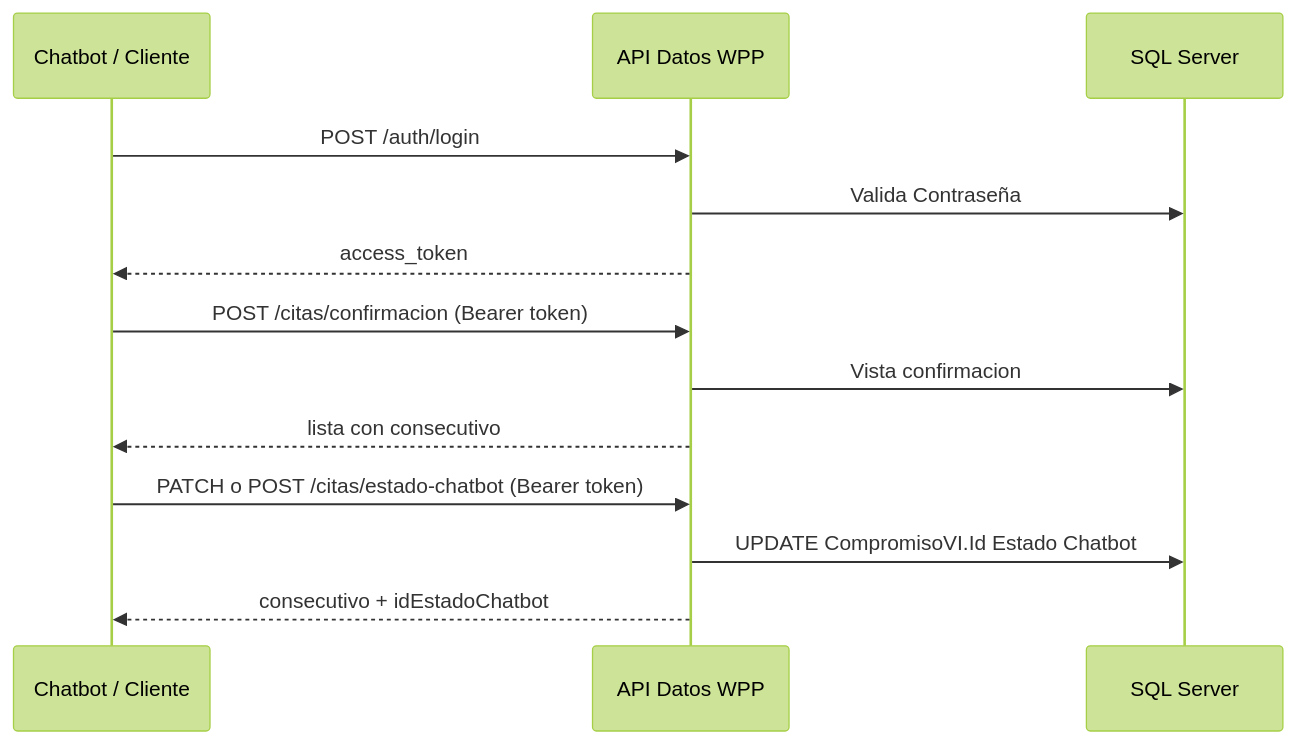
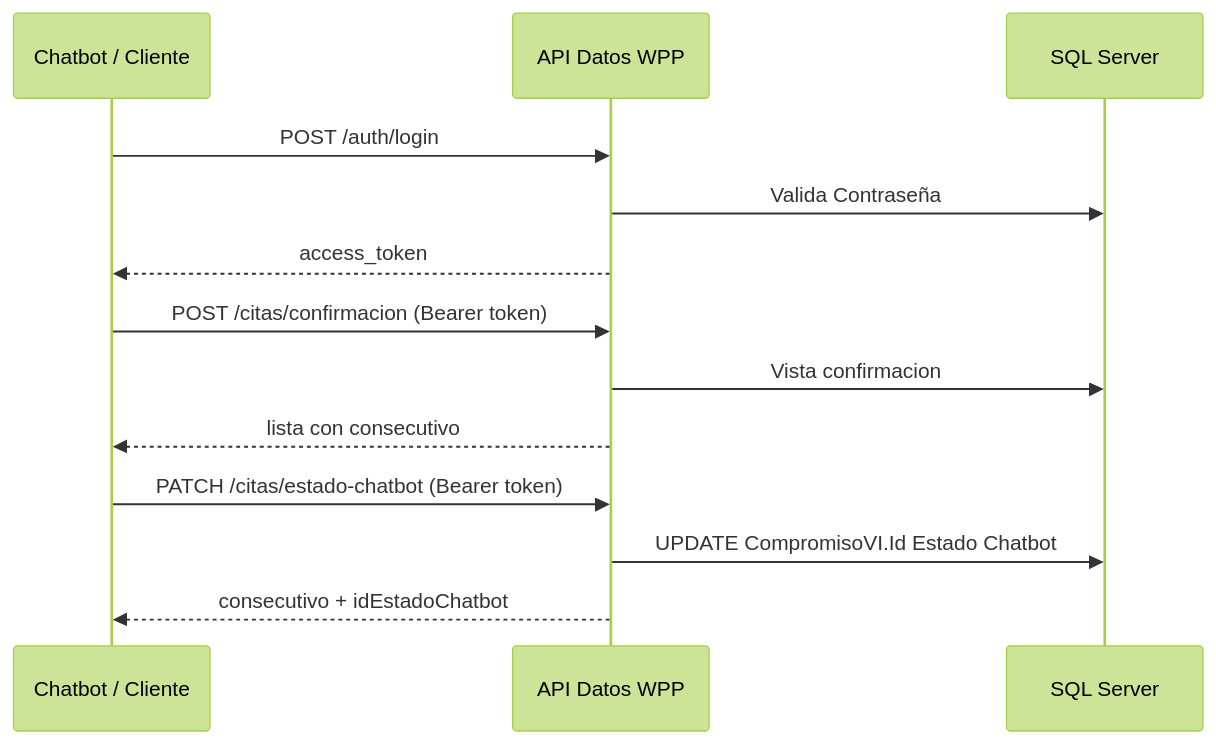
The diagram in GUIA_USO.md (CeereIngeniero1/Recordatorios_PBXBerry), drawn with Mermaid (forest theme) before and after one commit. The commit also changed other lines of this file and 1 other file, not shown here.

````diff
--- a/GUIA_USO.md
+++ b/GUIA_USO.md
@@ -85,18 +85,18 @@
 ```mermaid
 sequenceDiagram
   participant Bot as Chatbot / Cliente
   participant API as API Datos WPP
   participant DB as SQL Server
 
   Bot->>API: POST /auth/login
   API->>DB: Valida Contraseña
   API-->>Bot: access_token
 
   Bot->>API: POST /citas/confirmacion (Bearer token)
   API->>DB: Vista confirmacion
   API-->>Bot: lista con consecutivo
 
-  Bot->>API: PATCH o POST /citas/estado-chatbot (Bearer token)
+  Bot->>API: PATCH /citas/estado-chatbot (Bearer token)
   API->>DB: UPDATE CompromisoVI.Id Estado Chatbot
   API-->>Bot: consecutivo + idEstadoChatbot
 ```
````
